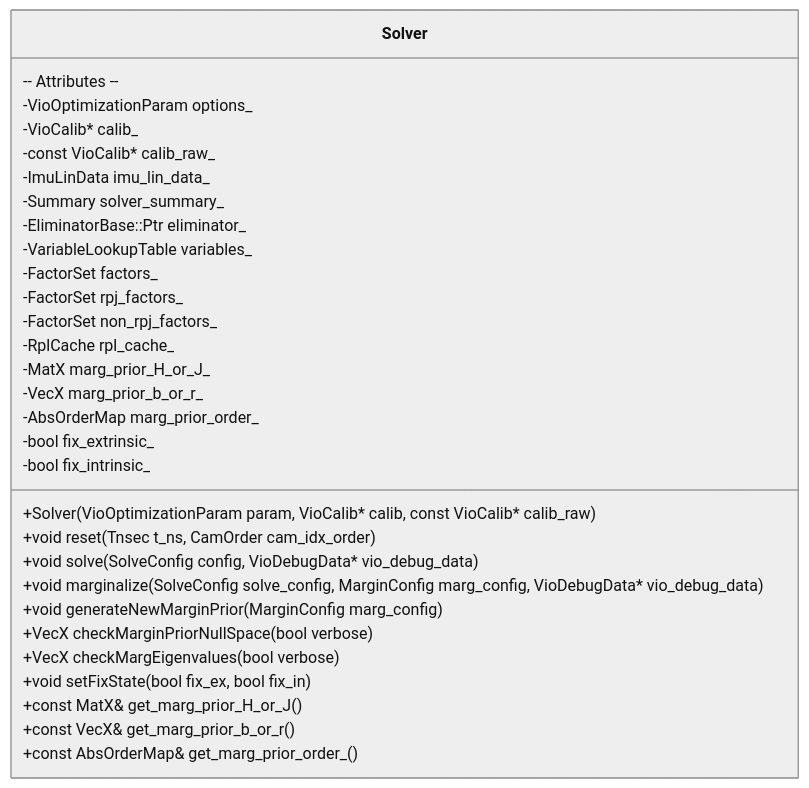
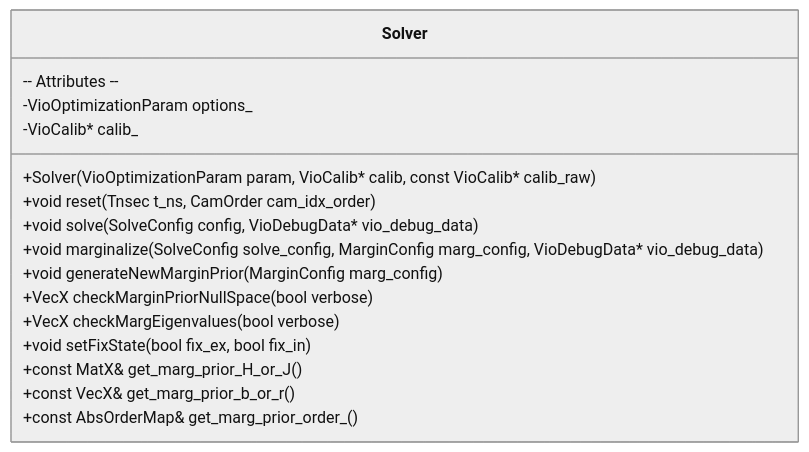
Before and after one commit to huzixuan1/iodraw-files: the diagram in all/未命名-2.md, drawn with Mermaid (neutral theme).

Commit message:
2025-04-16 21:06:36 update

````diff
--- a/all/未命名-2.md
+++ b/all/未命名-2.md
@@ -1,36 +1,23 @@
 ```mermaid
 classDiagram
 %% 命名空间 xr
 
 class Solver {
   +Solver(VioOptimizationParam param, VioCalib* calib, const VioCalib* calib_raw)
   +void reset(Tnsec t_ns, CamOrder cam_idx_order)
   +void solve(SolveConfig config, VioDebugData* vio_debug_data)
   +void marginalize(SolveConfig solve_config, MarginConfig marg_config, VioDebugData* vio_debug_data)
   +void generateNewMarginPrior(MarginConfig marg_config)
   +VecX checkMarginPriorNullSpace(bool verbose)
   +VecX checkMargEigenvalues(bool verbose)
   +void setFixState(bool fix_ex, bool fix_in)
   +const MatX& get_marg_prior_H_or_J()
   +const VecX& get_marg_prior_b_or_r()
   +const AbsOrderMap& get_marg_prior_order_()
   -- Attributes --
   -VioOptimizationParam options_
   -VioCalib* calib_
-  -const VioCalib* calib_raw_
-  -ImuLinData imu_lin_data_
-  -Summary solver_summary_
-  -EliminatorBase::Ptr eliminator_
-  -VariableLookupTable variables_
-  -FactorSet factors_
-  -FactorSet rpj_factors_
-  -FactorSet non_rpj_factors_
-  -RplCache rpl_cache_
-  -MatX marg_prior_H_or_J_
-  -VecX marg_prior_b_or_r_
-  -AbsOrderMap marg_prior_order_
-  -bool fix_extrinsic_
-  -bool fix_intrinsic_
+
 }
 
 ```
````
